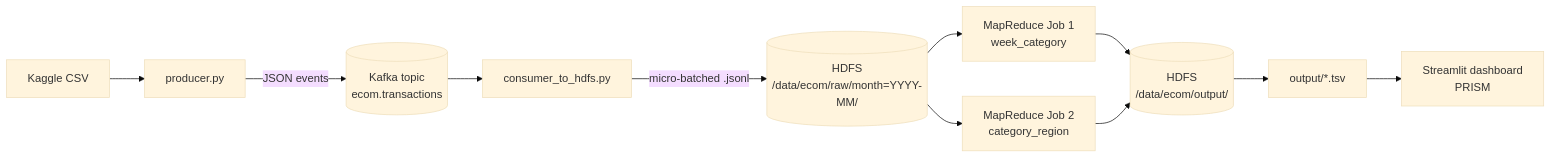
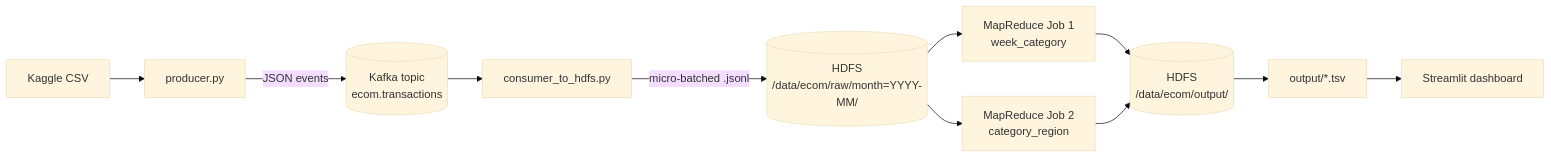
The diagram in README.md (nikhilach7/Prism), drawn with Mermaid (base theme) before and after one commit. The commit also changed other lines of this file and 8 other files, not shown here.

````diff
--- a/README.md
+++ b/README.md
@@ -16,13 +28,13 @@
 ```mermaid
 flowchart LR
     CSV[Kaggle CSV] --> P[producer.py]
     P -->|JSON events| K[(Kafka topic\necom.transactions)]
     K --> C[consumer_to_hdfs.py]
     C -->|micro-batched .jsonl| H1[(HDFS\n/data/ecom/raw/month=YYYY-MM/)]
     H1 --> M1[MapReduce Job 1\nweek_category]
     H1 --> M2[MapReduce Job 2\ncategory_region]
     M1 --> O[(HDFS\n/data/ecom/output/)]
     M2 --> O
     O --> E[output/*.tsv]
-    E --> D[Streamlit dashboard\nPRISM]
+    E --> D[Streamlit dashboard]
 ```
````
